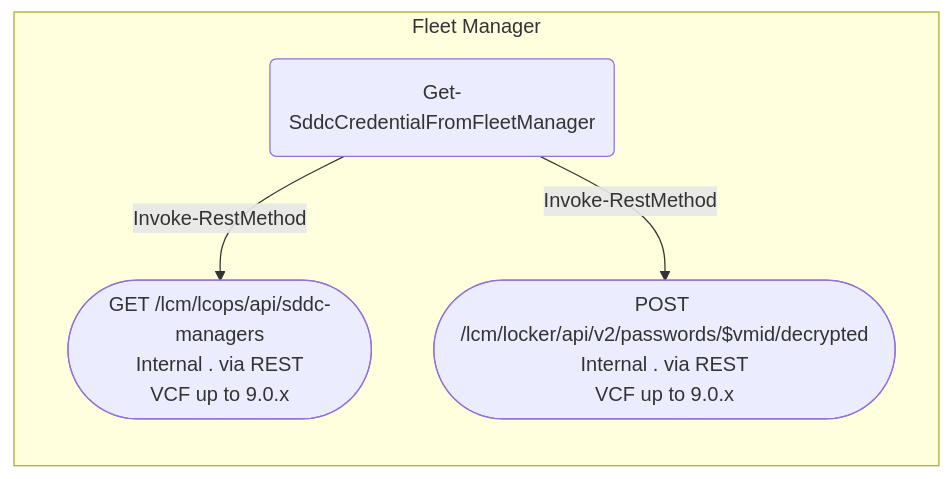
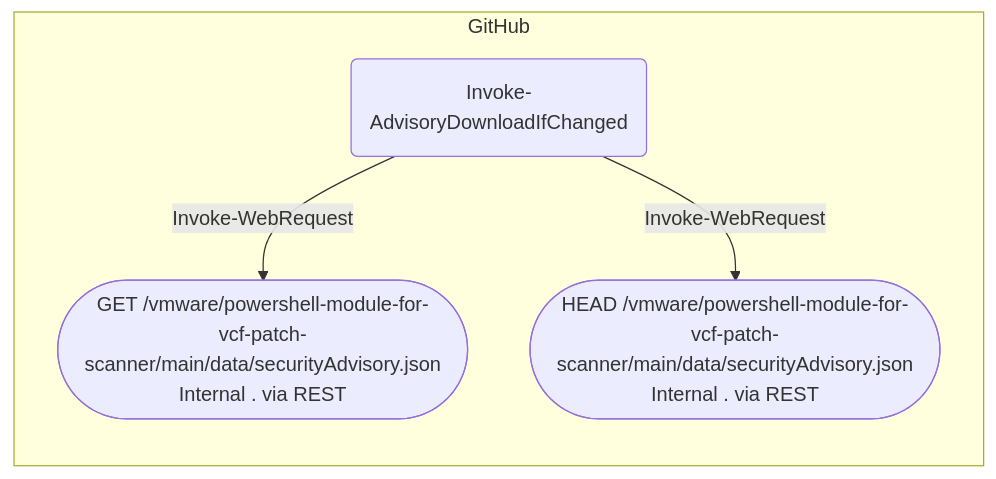
Before and after one commit to vmware/powershell-module-for-vcf-patch-scanner: the third of 7 diagrams in VcfPatchScanner/Docs/api-graph.md, drawn with Mermaid. The commit also changed other lines of this file and 22 other files, not shown here.

````diff
--- a/VcfPatchScanner/Docs/api-graph.md
+++ b/VcfPatchScanner/Docs/api-graph.md
@@ -138,10 +163,10 @@
 ```mermaid
 flowchart TB
-    subgraph FleetManagerSub ["Fleet Manager"]
+    subgraph GitHubSub ["GitHub"]
       direction TB
-      ep1(["GET /lcm/lcops/api/sddc-managers<br/>Internal . via REST<br/>VCF up to 9.0.x"])
-      ep2(["POST /lcm/locker/api/v2/passwords/$vmid/decrypted<br/>Internal . via REST<br/>VCF up to 9.0.x"])
-      fn1("Get-SddcCredentialFromFleetManager") -->|"Invoke-RestMethod"| ep1
-      fn1("Get-SddcCredentialFromFleetManager") -->|"Invoke-RestMethod"| ep2
+      ep1(["GET /vmware/powershell-module-for-vcf-patch-scanner/main/data/securityAdvisory.json<br/>Internal . via REST"])
+      ep2(["HEAD /vmware/powershell-module-for-vcf-patch-scanner/main/data/securityAdvisory.json<br/>Internal . via REST"])
+      fn1("Invoke-AdvisoryDownloadIfChanged") -->|"Invoke-WebRequest"| ep2
+      fn1("Invoke-AdvisoryDownloadIfChanged") -->|"Invoke-WebRequest"| ep1
     end
 ```
````
